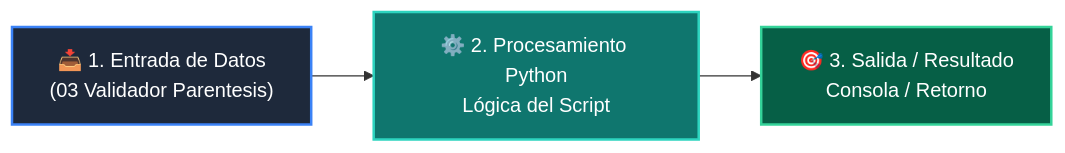
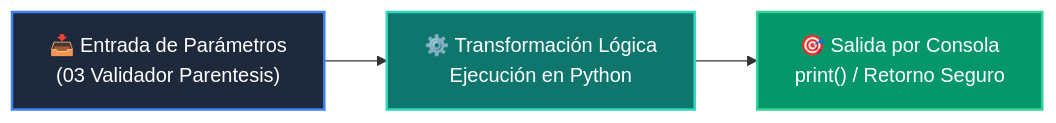
The diagram in 02-algoritmos-estructuras/clase-02-pilas-y-colas/ejemplos/ejemplo_03_validador_parentesis/README.md (wisrovi/wisrovi-python), drawn with Mermaid before and after one commit. The commit also changed other lines of this file and 226 other files, not shown here.

Commit message:
docs: elevate all repository READMEs to world-class mastery standard with rich pedagogical architecture, custom Mermaids, and professional styling

````diff
--- a/02-algoritmos-estructuras/clase-02-pilas-y-colas/ejemplos/ejemplo_03_validador_parentesis/README.md
+++ b/02-algoritmos-estructuras/clase-02-pilas-y-colas/ejemplos/ejemplo_03_validador_parentesis/README.md
@@ -12,9 +19,9 @@
 ```mermaid
 flowchart LR
-    A["📥 1. Entrada de Datos<br/>(03 Validador Parentesis)"] --> B["⚙️ 2. Procesamiento Python<br/>Lógica del Script"]
-    B --> C["🎯 3. Salida / Resultado<br/>Consola / Retorno"]
+    A["📥 Entrada de Parámetros<br/>(03 Validador Parentesis)"] --> B["⚙️ Transformación Lógica<br/>Ejecución en Python"]
+    B --> C["🎯 Salida por Consola<br/>print() / Retorno Seguro"]
 
-    style A fill:#1e293b,color:#fff,stroke:#3b82f6,stroke-width:2px
-    style B fill:#0f766e,color:#fff,stroke:#2dd4bf,stroke-width:2px
-    style C fill:#065f46,color:#fff,stroke:#34d399,stroke-width:2px
+    style A fill:#1e293b,color:#ffffff,stroke:#3b82f6,stroke-width:2px
+    style B fill:#0f766e,color:#ffffff,stroke:#2dd4bf,stroke-width:2px
+    style C fill:#059669,color:#ffffff,stroke:#34d399,stroke-width:2px
 ```
````
